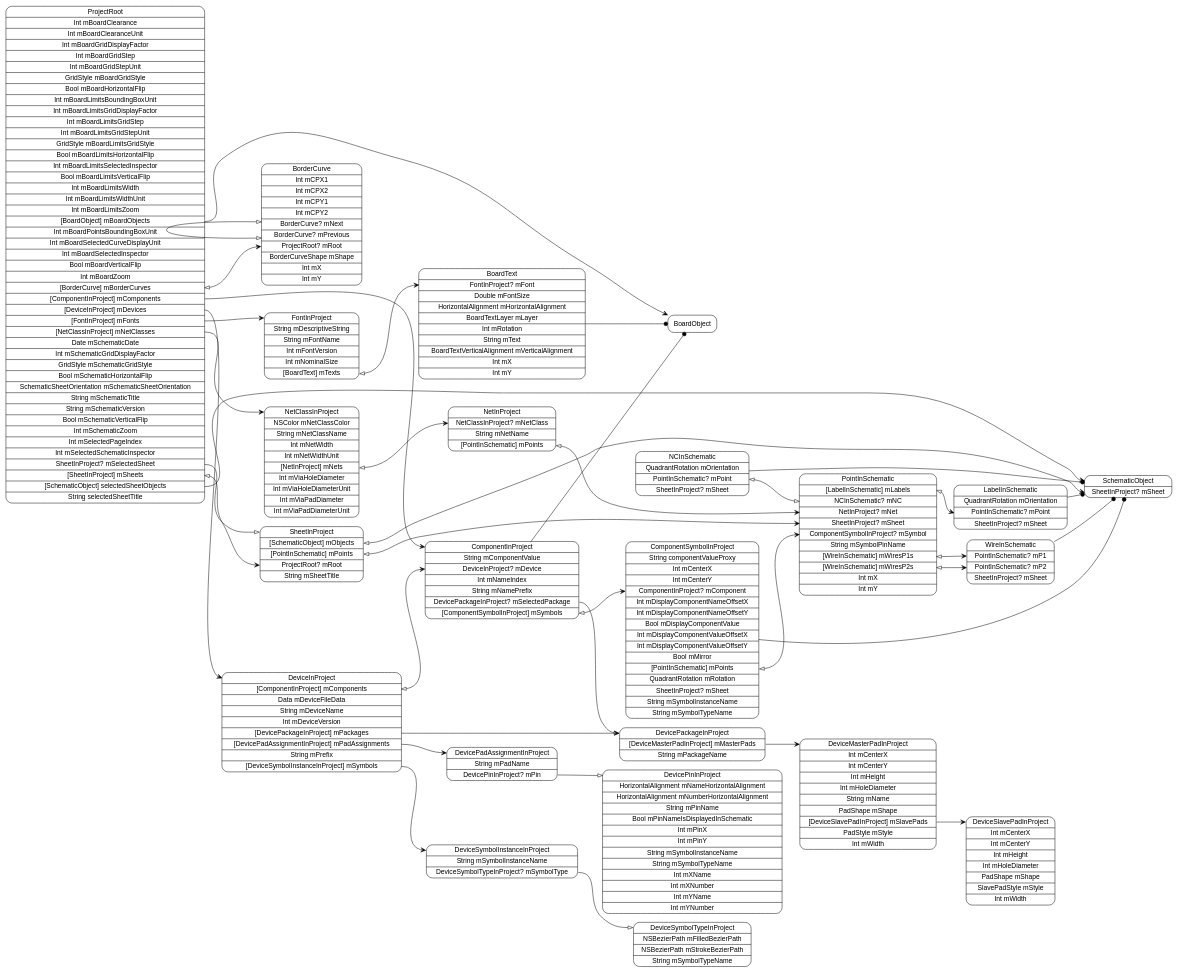
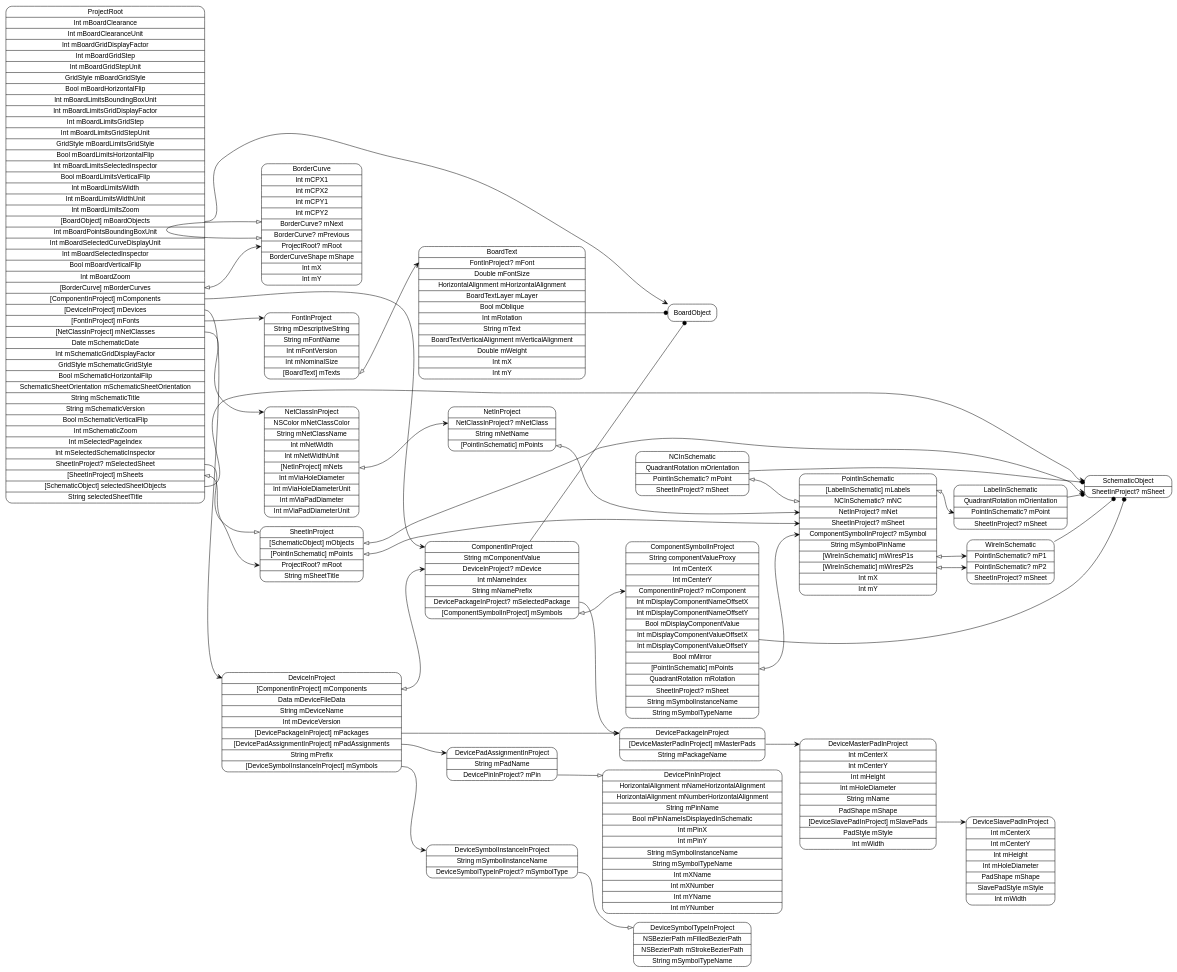
The diagram in models/ProjectRoot.dot (pierremolinaro/ElCanari-dev), drawn with Graphviz before and after one commit. The commit also changed 16 other files, not shown here.

Commit message:
Text in board : oblique

```diff
--- a/models/ProjectRoot.dot
+++ b/models/ProjectRoot.dot
@@ -1,63 +1,63 @@
 digraph G {
   rankdir=LR ;
   node [shape=record fontname=helvetica style=rounded] ;
   ProjectRoot[label="<ProjectRoot>ProjectRoot|Int mBoardClearance|Int mBoardClearanceUnit|Int mBoardGridDisplayFactor|Int mBoardGridStep|Int mBoardGridStepUnit|GridStyle mBoardGridStyle|Bool mBoardHorizontalFlip|Int mBoardLimitsBoundingBoxUnit|Int mBoardLimitsGridDisplayFactor|Int mBoardLimitsGridStep|Int mBoardLimitsGridStepUnit|GridStyle mBoardLimitsGridStyle|Bool mBoardLimitsHorizontalFlip|Int mBoardLimitsSelectedInspector|Bool mBoardLimitsVerticalFlip|Int mBoardLimitsWidth|Int mBoardLimitsWidthUnit|Int mBoardLimitsZoom|<mBoardObjects>[BoardObject] mBoardObjects|Int mBoardPointsBoundingBoxUnit|Int mBoardSelectedCurveDisplayUnit|Int mBoardSelectedInspector|Bool mBoardVerticalFlip|Int mBoardZoom|<mBorderCurves>[BorderCurve] mBorderCurves|<mComponents>[ComponentInProject] mComponents|<mDevices>[DeviceInProject] mDevices|<mFonts>[FontInProject] mFonts|<mNetClasses>[NetClassInProject] mNetClasses|Date mSchematicDate|Int mSchematicGridDisplayFactor|GridStyle mSchematicGridStyle|Bool mSchematicHorizontalFlip|SchematicSheetOrientation mSchematicSheetOrientation|String mSchematicTitle|String mSchematicVersion|Bool mSchematicVerticalFlip|Int mSchematicZoom|Int mSelectedPageIndex|Int mSelectedSchematicInspector|<mSelectedSheet>SheetInProject? mSelectedSheet|<mSheets>[SheetInProject] mSheets|<selectedSheetObjects>[SchematicObject] selectedSheetObjects|String selectedSheetTitle"] ;
   SchematicObject[label="<SchematicObject>SchematicObject|<mSheet>SheetInProject? mSheet"] ;
   SheetInProject[label="<SheetInProject>SheetInProject|<mObjects>[SchematicObject] mObjects|<mPoints>[PointInSchematic] mPoints|<mRoot>ProjectRoot? mRoot|String mSheetTitle"] ;
   PointInSchematic[label="<PointInSchematic>PointInSchematic|<mLabels>[LabelInSchematic] mLabels|<mNC>NCInSchematic? mNC|<mNet>NetInProject? mNet|<mSheet>SheetInProject? mSheet|<mSymbol>ComponentSymbolInProject? mSymbol|String mSymbolPinName|<mWiresP1s>[WireInSchematic] mWiresP1s|<mWiresP2s>[WireInSchematic] mWiresP2s|Int mX|Int mY"] ;
   WireInSchematic[label="<WireInSchematic>WireInSchematic|<mP1>PointInSchematic? mP1|<mP2>PointInSchematic? mP2|<mSheet>SheetInProject? mSheet"] ;
   NCInSchematic[label="<NCInSchematic>NCInSchematic|QuadrantRotation mOrientation|<mPoint>PointInSchematic? mPoint|<mSheet>SheetInProject? mSheet"] ;
   LabelInSchematic[label="<LabelInSchematic>LabelInSchematic|QuadrantRotation mOrientation|<mPoint>PointInSchematic? mPoint|<mSheet>SheetInProject? mSheet"] ;
   NetClassInProject[label="<NetClassInProject>NetClassInProject|NSColor mNetClassColor|String mNetClassName|Int mNetWidth|Int mNetWidthUnit|<mNets>[NetInProject] mNets|Int mViaHoleDiameter|Int mViaHoleDiameterUnit|Int mViaPadDiameter|Int mViaPadDiameterUnit"] ;
   NetInProject[label="<NetInProject>NetInProject|<mNetClass>NetClassInProject? mNetClass|String mNetName|<mPoints>[PointInSchematic] mPoints"] ;
   FontInProject[label="<FontInProject>FontInProject|String mDescriptiveString|String mFontName|Int mFontVersion|Int mNominalSize|<mTexts>[BoardText] mTexts"] ;
-  BoardText[label="<BoardText>BoardText|<mFont>FontInProject? mFont|Double mFontSize|HorizontalAlignment mHorizontalAlignment|BoardTextLayer mLayer|Int mRotation|String mText|BoardTextVerticalAlignment mVerticalAlignment|Int mX|Int mY"] ;
+  BoardText[label="<BoardText>BoardText|<mFont>FontInProject? mFont|Double mFontSize|HorizontalAlignment mHorizontalAlignment|BoardTextLayer mLayer|Bool mOblique|Int mRotation|String mText|BoardTextVerticalAlignment mVerticalAlignment|Double mWeight|Int mX|Int mY"] ;
   DeviceInProject[label="<DeviceInProject>DeviceInProject|<mComponents>[ComponentInProject] mComponents|Data mDeviceFileData|String mDeviceName|Int mDeviceVersion|<mPackages>[DevicePackageInProject] mPackages|<mPadAssignments>[DevicePadAssignmentInProject] mPadAssignments|String mPrefix|<mSymbols>[DeviceSymbolInstanceInProject] mSymbols"] ;
   DeviceSymbolInstanceInProject[label="<DeviceSymbolInstanceInProject>DeviceSymbolInstanceInProject|String mSymbolInstanceName|<mSymbolType>DeviceSymbolTypeInProject? mSymbolType"] ;
   DeviceSymbolTypeInProject[label="<DeviceSymbolTypeInProject>DeviceSymbolTypeInProject|NSBezierPath mFilledBezierPath|NSBezierPath mStrokeBezierPath|String mSymbolTypeName"] ;
   DevicePadAssignmentInProject[label="<DevicePadAssignmentInProject>DevicePadAssignmentInProject|String mPadName|<mPin>DevicePinInProject? mPin"] ;
   DevicePinInProject[label="<DevicePinInProject>DevicePinInProject|HorizontalAlignment mNameHorizontalAlignment|HorizontalAlignment mNumberHorizontalAlignment|String mPinName|Bool mPinNameIsDisplayedInSchematic|Int mPinX|Int mPinY|String mSymbolInstanceName|String mSymbolTypeName|Int mXName|Int mXNumber|Int mYName|Int mYNumber"] ;
   DevicePackageInProject[label="<DevicePackageInProject>DevicePackageInProject|<mMasterPads>[DeviceMasterPadInProject] mMasterPads|String mPackageName"] ;
   DeviceMasterPadInProject[label="<DeviceMasterPadInProject>DeviceMasterPadInProject|Int mCenterX|Int mCenterY|Int mHeight|Int mHoleDiameter|String mName|PadShape mShape|<mSlavePads>[DeviceSlavePadInProject] mSlavePads|PadStyle mStyle|Int mWidth"] ;
   DeviceSlavePadInProject[label="<DeviceSlavePadInProject>DeviceSlavePadInProject|Int mCenterX|Int mCenterY|Int mHeight|Int mHoleDiameter|PadShape mShape|SlavePadStyle mStyle|Int mWidth"] ;
   ComponentInProject[label="<ComponentInProject>ComponentInProject|String mComponentValue|<mDevice>DeviceInProject? mDevice|Int mNameIndex|String mNamePrefix|<mSelectedPackage>DevicePackageInProject? mSelectedPackage|<mSymbols>[ComponentSymbolInProject] mSymbols"] ;
   ComponentSymbolInProject[label="<ComponentSymbolInProject>ComponentSymbolInProject|String componentValueProxy|Int mCenterX|Int mCenterY|<mComponent>ComponentInProject? mComponent|Int mDisplayComponentNameOffsetX|Int mDisplayComponentNameOffsetY|Bool mDisplayComponentValue|Int mDisplayComponentValueOffsetX|Int mDisplayComponentValueOffsetY|Bool mMirror|<mPoints>[PointInSchematic] mPoints|QuadrantRotation mRotation|<mSheet>SheetInProject? mSheet|String mSymbolInstanceName|String mSymbolTypeName"] ;
   BorderCurve[label="<BorderCurve>BorderCurve|Int mCPX1|Int mCPX2|Int mCPY1|Int mCPY2|<mNext>BorderCurve? mNext|<mPrevious>BorderCurve? mPrevious|<mRoot>ProjectRoot? mRoot|BorderCurveShape mShape|Int mX|Int mY"] ;
   BoardObject[label="<BoardObject>BoardObject"] ;
   ProjectRoot:mBoardObjects -> BoardObject:BoardObject [dir=both arrowtail=none arrowhead=vee] ;
   ProjectRoot:mBorderCurves -> BorderCurve:mRoot [dir=both arrowtail=onormal arrowhead=vee] ;
   ProjectRoot:mComponents -> ComponentInProject:ComponentInProject [dir=both arrowtail=none arrowhead=vee] ;
   ProjectRoot:mDevices -> DeviceInProject:DeviceInProject [dir=both arrowtail=none arrowhead=vee] ;
   ProjectRoot:mFonts -> FontInProject:FontInProject [dir=both arrowtail=none arrowhead=vee] ;
   ProjectRoot:mNetClasses -> NetClassInProject:NetClassInProject [dir=both arrowtail=none arrowhead=vee] ;
   ProjectRoot:mSelectedSheet -> SheetInProject:SheetInProject [dir=both arrowtail=none arrowhead=onormal] ;
   ProjectRoot:mSheets -> SheetInProject:mRoot [dir=both arrowtail=onormal arrowhead=vee] ;
   ProjectRoot:selectedSheetObjects -> SchematicObject:SchematicObject [dir=both arrowtail=none arrowhead=vee] ;
   SheetInProject:mObjects -> SchematicObject:mSheet [dir=both arrowtail=onormal arrowhead=vee] ;
   SheetInProject:mPoints -> PointInSchematic:mSheet [dir=both arrowtail=onormal arrowhead=vee] ;
   PointInSchematic:mLabels -> LabelInSchematic:mPoint [dir=both arrowtail=onormal arrowhead=vee] ;
   PointInSchematic:mWiresP1s -> WireInSchematic:mP1 [dir=both arrowtail=onormal arrowhead=vee] ;
   PointInSchematic:mWiresP2s -> WireInSchematic:mP2 [dir=both arrowtail=onormal arrowhead=vee] ;
   WireInSchematic -> SchematicObject [arrowhead=dot] ;
   NCInSchematic -> SchematicObject [arrowhead=dot] ;
   NCInSchematic:mPoint -> PointInSchematic:mNC [dir=both arrowtail=onormal arrowhead=onormal] ;
   LabelInSchematic -> SchematicObject [arrowhead=dot] ;
   NetClassInProject:mNets -> NetInProject:mNetClass [dir=both arrowtail=onormal arrowhead=vee] ;
   NetInProject:mPoints -> PointInSchematic:mNet [dir=both arrowtail=onormal arrowhead=vee] ;
   FontInProject:mTexts -> BoardText:mFont [dir=both arrowtail=onormal arrowhead=vee] ;
   BoardText -> BoardObject [arrowhead=dot] ;
   DeviceInProject:mComponents -> ComponentInProject:mDevice [dir=both arrowtail=onormal arrowhead=vee] ;
   DeviceInProject:mPackages -> DevicePackageInProject:DevicePackageInProject [dir=both arrowtail=none arrowhead=vee] ;
   DeviceInProject:mPadAssignments -> DevicePadAssignmentInProject:DevicePadAssignmentInProject [dir=both arrowtail=none arrowhead=vee] ;
   DeviceInProject:mSymbols -> DeviceSymbolInstanceInProject:DeviceSymbolInstanceInProject [dir=both arrowtail=none arrowhead=vee] ;
   DeviceSymbolInstanceInProject:mSymbolType -> DeviceSymbolTypeInProject:DeviceSymbolTypeInProject [dir=both arrowtail=none arrowhead=onormal] ;
   DevicePadAssignmentInProject:mPin -> DevicePinInProject:DevicePinInProject [dir=both arrowtail=none arrowhead=onormal] ;
   DevicePackageInProject:mMasterPads -> DeviceMasterPadInProject:DeviceMasterPadInProject [dir=both arrowtail=none arrowhead=vee] ;
   DeviceMasterPadInProject:mSlavePads -> DeviceSlavePadInProject:DeviceSlavePadInProject [dir=both arrowtail=none arrowhead=vee] ;
   ComponentInProject -> BoardObject [arrowhead=dot] ;
   ComponentInProject:mSelectedPackage -> DevicePackageInProject:DevicePackageInProject [dir=both arrowtail=none arrowhead=onormal] ;
   ComponentInProject:mSymbols -> ComponentSymbolInProject:mComponent [dir=both arrowtail=onormal arrowhead=vee] ;
   ComponentSymbolInProject -> SchematicObject [arrowhead=dot] ;
   ComponentSymbolInProject:mPoints -> PointInSchematic:mSymbol [dir=both arrowtail=onormal arrowhead=vee] ;
   BorderCurve:mPrevious -> BorderCurve:mNext [dir=both arrowtail=onormal arrowhead=onormal] ;
 }
```
